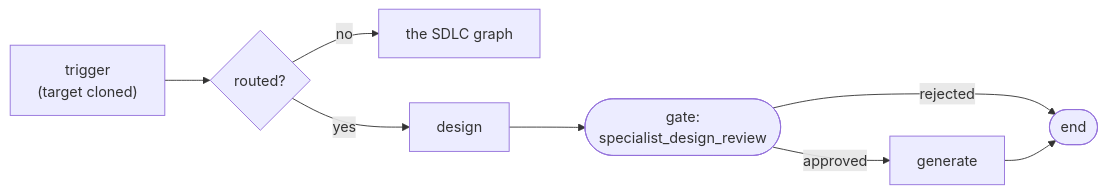
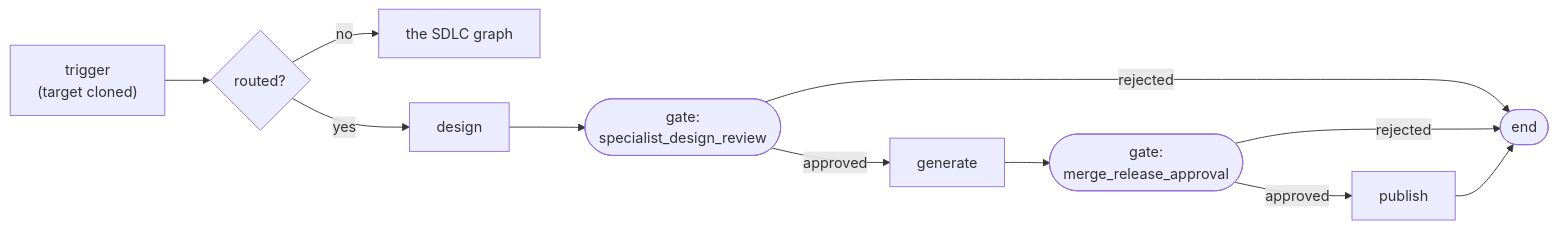
Before and after one commit to jayakumar-devaraj/agentic-sdlc-control-plane: the fourth of 4 diagrams in README.md, drawn with Mermaid. The commit also changed other lines of this file and 2 other files, not shown here.

````diff
--- a/README.md
+++ b/README.md
@@ -337,10 +337,13 @@
 ```mermaid
 flowchart LR
     T["trigger<br/>(target cloned)"] --> R{"routed?"}
     R -- "no" --> S["the SDLC graph"]
     R -- "yes" --> D["design"]
     D --> G(["gate:<br/>specialist_design_review"])
+    G -- "rejected" --> E(["end"])
     G -- "approved" --> N["generate"]
-    G -- "rejected" --> E(["end"])
-    N --> E
+    N --> RG(["gate:<br/>merge_release_approval"])
+    RG -- "rejected" --> E
+    RG -- "approved" --> P["publish"]
+    P --> E
 ```
````
